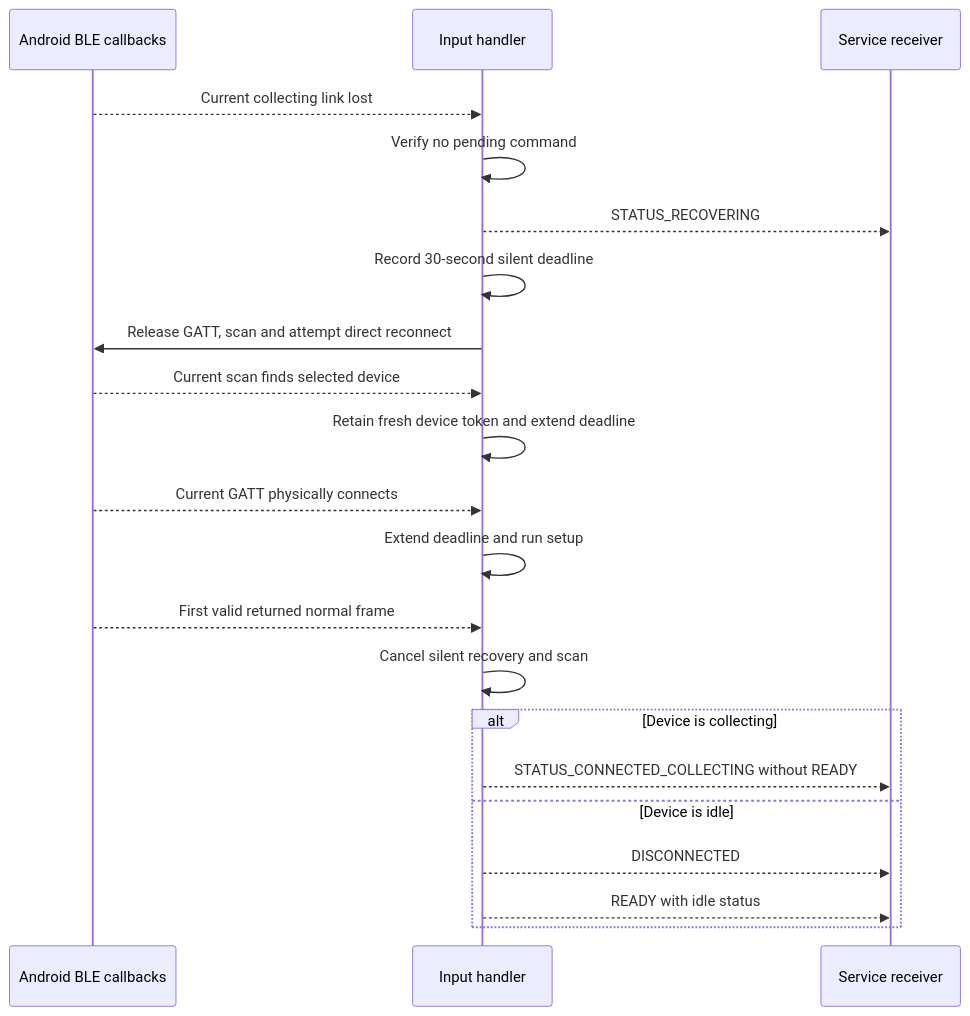
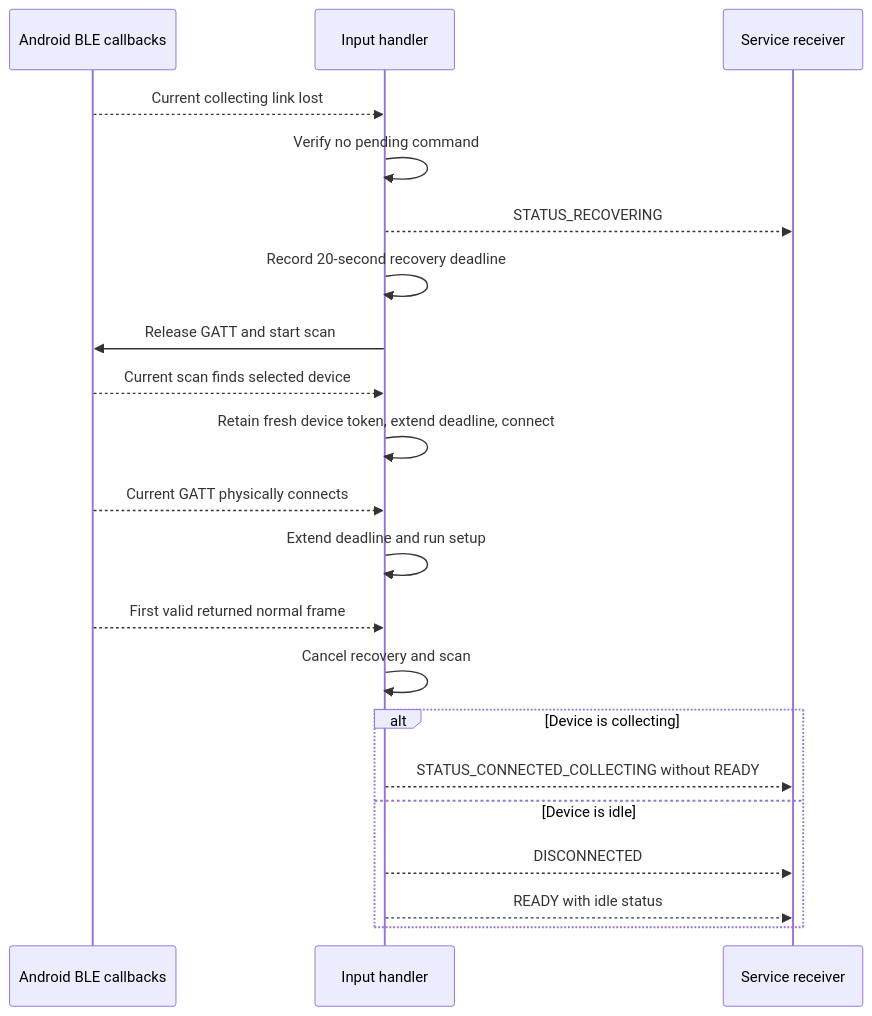
One commit to Am6er/AtomSpectra changed the sixth of 8 diagrams in docs/bluz-threading.md. Above: the diagram before and after it, drawn with Mermaid. The commit also changed other lines of this file and 2 other files, not shown here.

Commit message:
feat (bluz): update recovery strategy, use balanced connection priority

````diff
--- a/docs/bluz-threading.md
+++ b/docs/bluz-threading.md
@@ -296,23 +301,23 @@
 ```mermaid
 sequenceDiagram
     participant Android as Android BLE callbacks
     participant Owner as Input handler
     participant Service as Service receiver
     Android-->>Owner: Current collecting link lost
     Owner->>Owner: Verify no pending command
     Owner-->>Service: STATUS_RECOVERING
-    Owner->>Owner: Record 30-second silent deadline
-    Owner->>Android: Release GATT, scan and attempt direct reconnect
+    Owner->>Owner: Record 20-second recovery deadline
+    Owner->>Android: Release GATT and start scan
     Android-->>Owner: Current scan finds selected device
-    Owner->>Owner: Retain fresh device token and extend deadline
+    Owner->>Owner: Retain fresh device token, extend deadline, connect
     Android-->>Owner: Current GATT physically connects
     Owner->>Owner: Extend deadline and run setup
     Android-->>Owner: First valid returned normal frame
-    Owner->>Owner: Cancel silent recovery and scan
+    Owner->>Owner: Cancel recovery and scan
     alt Device is collecting
         Owner-->>Service: STATUS_CONNECTED_COLLECTING without READY
     else Device is idle
         Owner-->>Service: DISCONNECTED
         Owner-->>Service: READY with idle status
     end
 ```
````
